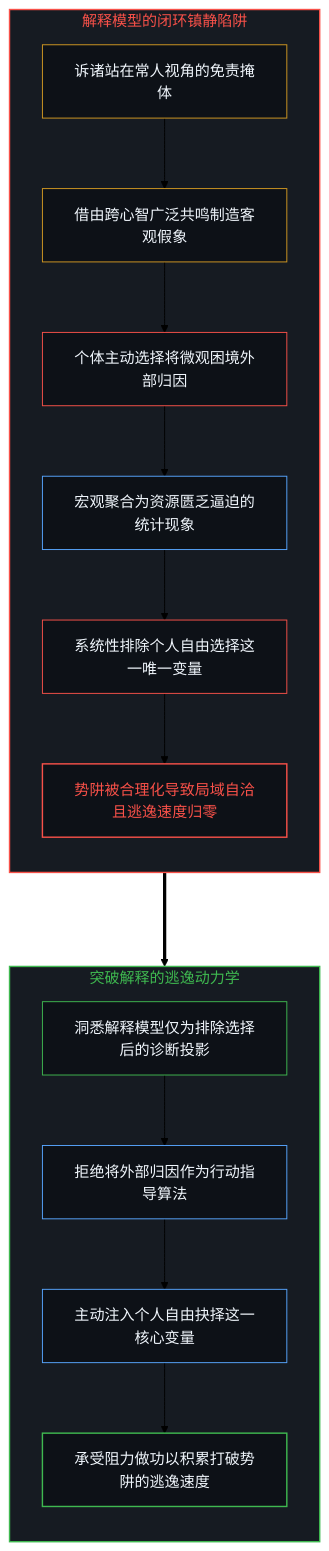
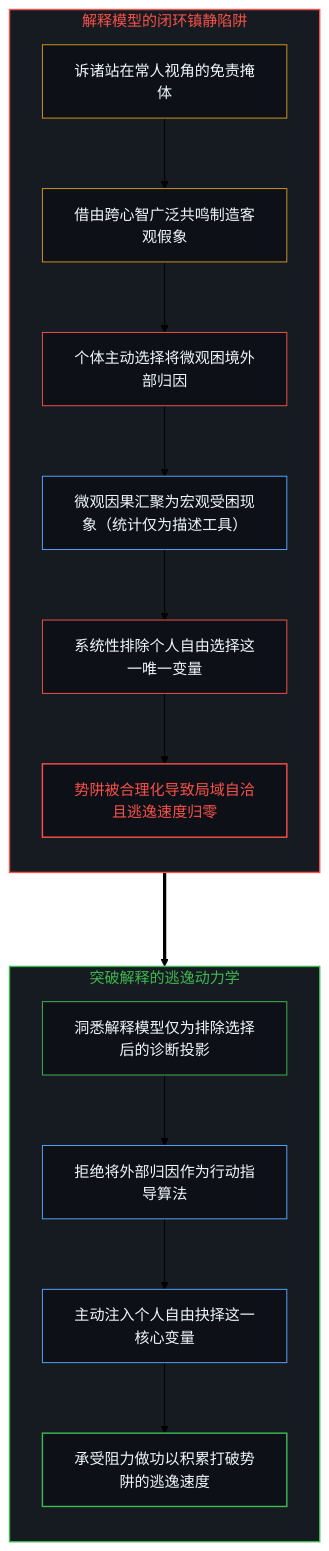
One commit to powerpig99/not-a-toe changed the first of 10 diagrams in content/posts/the-explanatory-trap-of-the-ordinary-perspective.md. Above: the diagram before and after it, drawn with Mermaid (forest theme). The commit also changed other lines of this file and 4 other files, not shown here.

````diff
--- a/content/posts/the-explanatory-trap-of-the-ordinary-perspective.md
+++ b/content/posts/the-explanatory-trap-of-the-ordinary-perspective.md
@@ -15,33 +15,33 @@
 ```mermaid
 graph TD
     subgraph S_ExplanatorySedative ["解释模型的闭环镇静陷阱"]
         direction TB
         E_Trope["诉诸站在常人视角的免责掩体"] --> E_Resonance["借由跨心智广泛共鸣制造客观假象"]
         E_Resonance --> E_Attribution["个体主动选择将微观困境外部归因"]
-        E_Attribution --> E_Macro["宏观聚合为资源匮乏逼迫的统计现象"]
+        E_Attribution --> E_Macro["微观因果汇聚为宏观受困现象（统计仅为描述工具）"]
         E_Macro --> E_Filter["系统性排除个人自由选择这一唯一变量"]
         E_Filter --> E_Lock["势阱被合理化导致局域自洽且逃逸速度归零"]
     end
 
     subgraph S_EscapeBreakthrough ["突破解释的逃逸动力学"]
         direction TB
         B_Recognize["洞悉解释模型仅为排除选择后的诊断投影"] --> B_Refuse["拒绝将外部归因作为行动指导算法"]
         B_Refuse --> B_Inject["主动注入个人自由抉择这一核心变量"]
         B_Inject --> B_Thrust["承受阻力做功以积累打破势阱的逃逸速度"]
     end
 
     E_Lock ===> B_Recognize
 
     style S_ExplanatorySedative fill:#161b22,stroke:#f85149,stroke-width:1.5px,color:#f85149
     style S_EscapeBreakthrough fill:#161b22,stroke:#3fb950,stroke-width:1.5px,color:#3fb950
     style E_Trope fill:#0d1117,stroke:#d29922,stroke-width:1px,color:#f0f6fc
     style E_Resonance fill:#0d1117,stroke:#d29922,stroke-width:1px,color:#f0f6fc
     style E_Attribution fill:#0d1117,stroke:#f85149,stroke-width:1px,color:#f0f6fc
     style E_Macro fill:#0d1117,stroke:#58a6ff,stroke-width:1px,color:#f0f6fc
     style E_Filter fill:#0d1117,stroke:#f85149,stroke-width:1px,color:#f0f6fc
     style E_Lock fill:#0d1117,stroke:#f85149,stroke-width:1.5px,color:#f85149
     style B_Recognize fill:#0d1117,stroke:#3fb950,stroke-width:1px,color:#f0f6fc
     style B_Refuse fill:#0d1117,stroke:#58a6ff,stroke-width:1px,color:#f0f6fc
     style B_Inject fill:#0d1117,stroke:#58a6ff,stroke-width:1px,color:#f0f6fc
     style B_Thrust fill:#0d1117,stroke:#3fb950,stroke-width:1.5px,color:#f0f6fc
 ```
````
